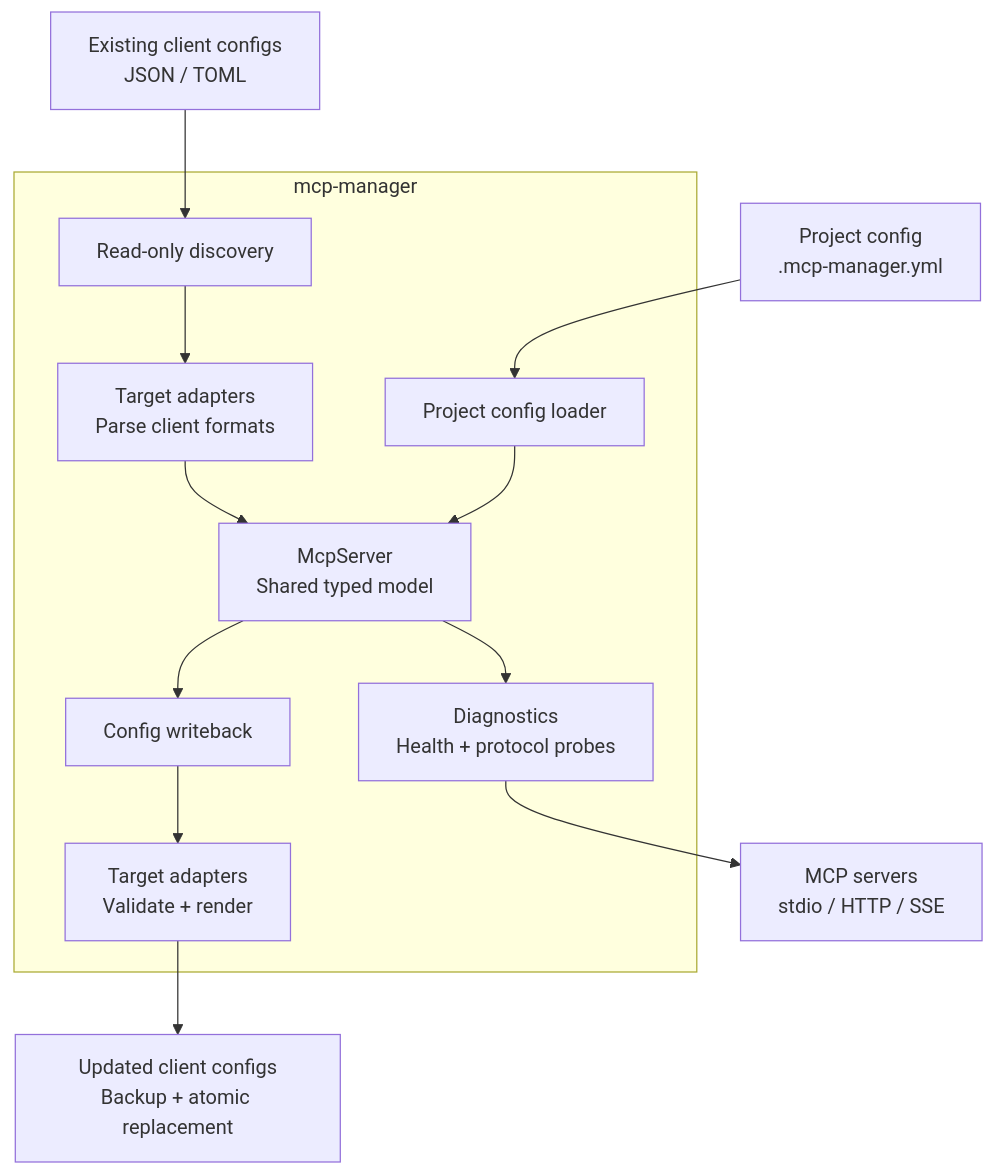
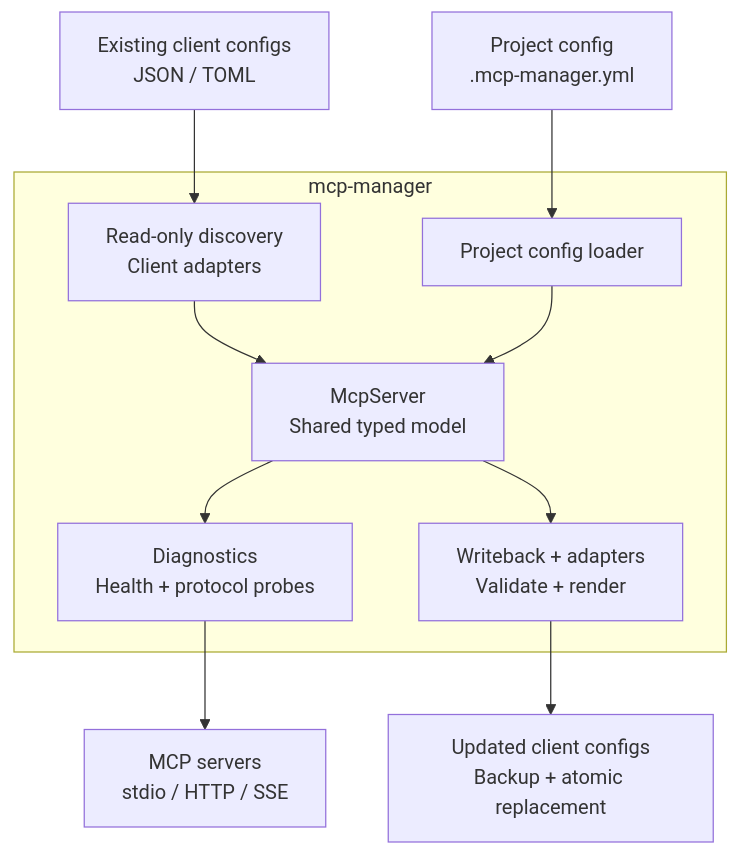
Before and after one commit to AreteDriver/mcp-manager: the diagram in README.md, drawn with Mermaid.

Commit message:
docs: keep architecture overview compact and balanced

````diff
--- a/README.md
+++ b/README.md
@@ -94,25 +94,23 @@
 ```mermaid
 flowchart TB
     clients["Existing client configs<br/>JSON / TOML"]
     project["Project config<br/>.mcp-manager.yml"]
 
     subgraph manager["mcp-manager"]
-        discovery["Read-only discovery"]
-        parse["Target adapters<br/>Parse client formats"]
+        discovery["Read-only discovery<br/>Client adapters"]
         loader["Project config loader"]
         model["McpServer<br/>Shared typed model"]
         checks["Diagnostics<br/>Health + protocol probes"]
-        writeback["Config writeback"]
-        render["Target adapters<br/>Validate + render"]
+        writeback["Writeback + adapters<br/>Validate + render"]
 
-        discovery --> parse --> model
+        discovery --> model
         loader --> model
         model --> checks
-        model --> writeback --> render
+        model --> writeback
     end
 
     clients --> discovery
     project --> loader
     checks --> servers["MCP servers<br/>stdio / HTTP / SSE"]
-    render --> output["Updated client configs<br/>Backup + atomic replacement"]
+    writeback --> output["Updated client configs<br/>Backup + atomic replacement"]
 ```
````
